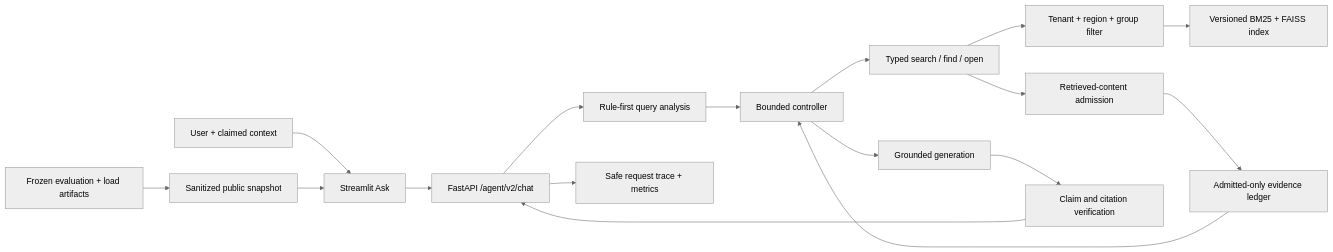
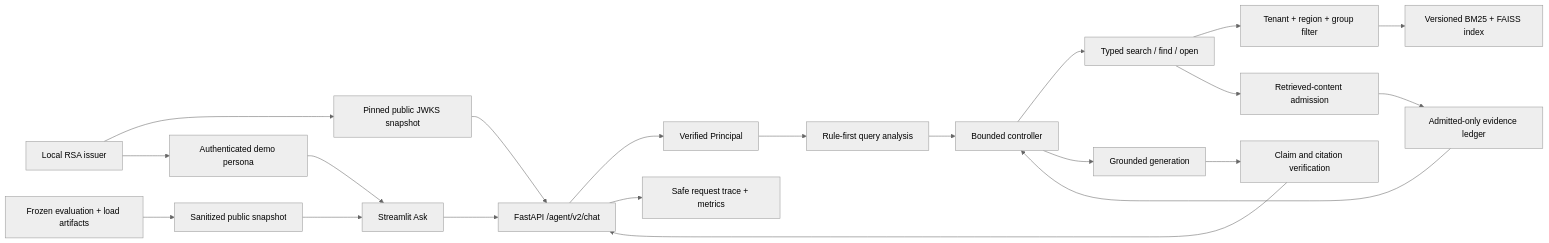
Before and after one commit to godofxuan/Attempt-of-enterprise-rag-copilot: the diagram in README.md, drawn with Mermaid (neutral theme). The commit also changed other lines of this file and 87 other files, not shown here.

````diff
--- a/README.md
+++ b/README.md
@@ -15,19 +15,24 @@
 ```mermaid
 flowchart LR
-    U["User + claimed context"] --> UI["Streamlit Ask"]
+    U["Authenticated demo persona"] --> UI["Streamlit Ask"]
+    IDP["Local RSA issuer"] --> JWKS["Pinned public JWKS snapshot"]
+    IDP --> U
     UI --> API["FastAPI /agent/v2/chat"]
-    API --> Q["Rule-first query analysis"]
+    JWKS --> API
+    API --> P["Verified Principal"]
+    P --> Q
+    Q["Rule-first query analysis"]
     Q --> C["Bounded controller"]
     C --> T["Typed search / find / open"]
     T --> ACL["Tenant + region + group filter"]
     ACL --> IDX["Versioned BM25 + FAISS index"]
     T --> RCG["Retrieved-content admission"]
     RCG --> L["Admitted-only evidence ledger"]
     L --> C
     C --> G["Grounded generation"]
     G --> V["Claim and citation verification"]
     V --> API
     API --> O["Safe request trace + metrics"]
     E["Frozen evaluation + load artifacts"] --> S["Sanitized public snapshot"]
     S --> UI
 ```
````
